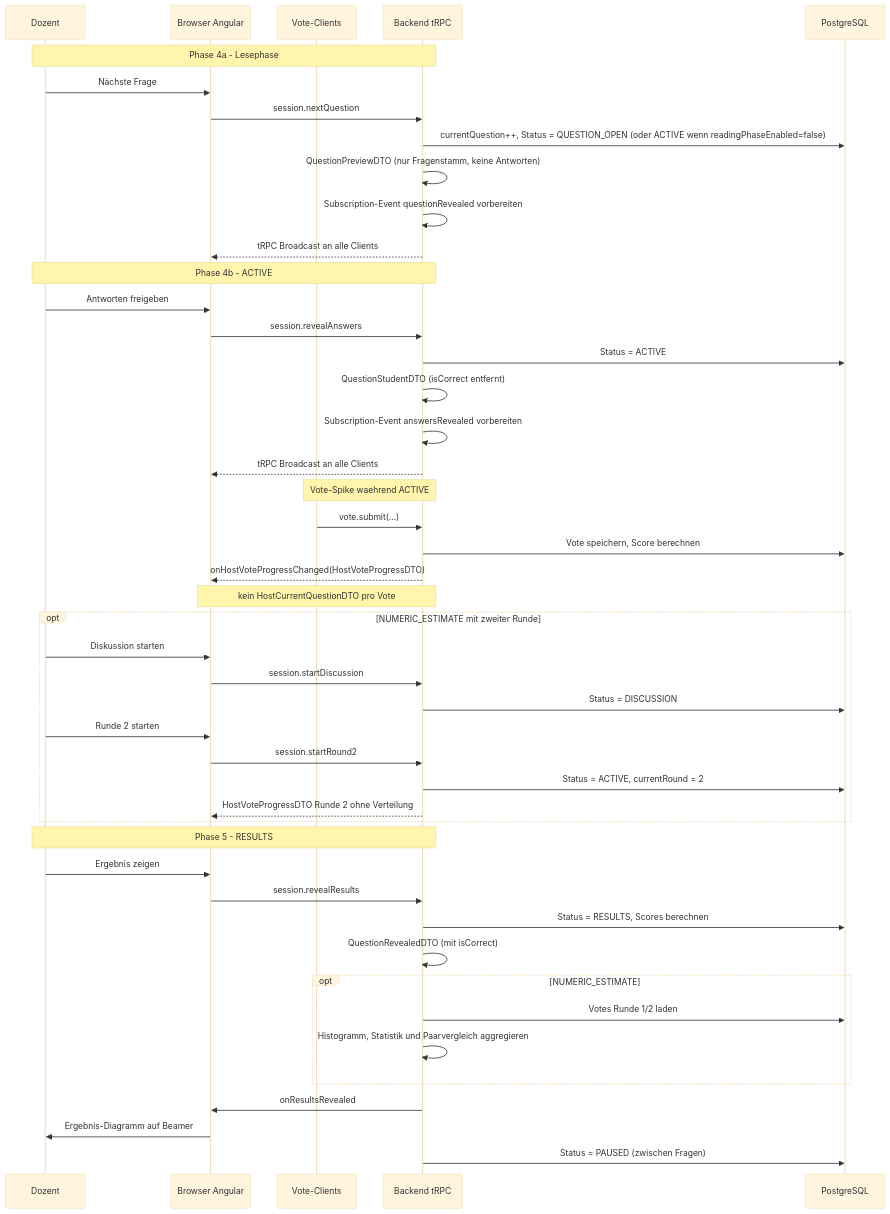
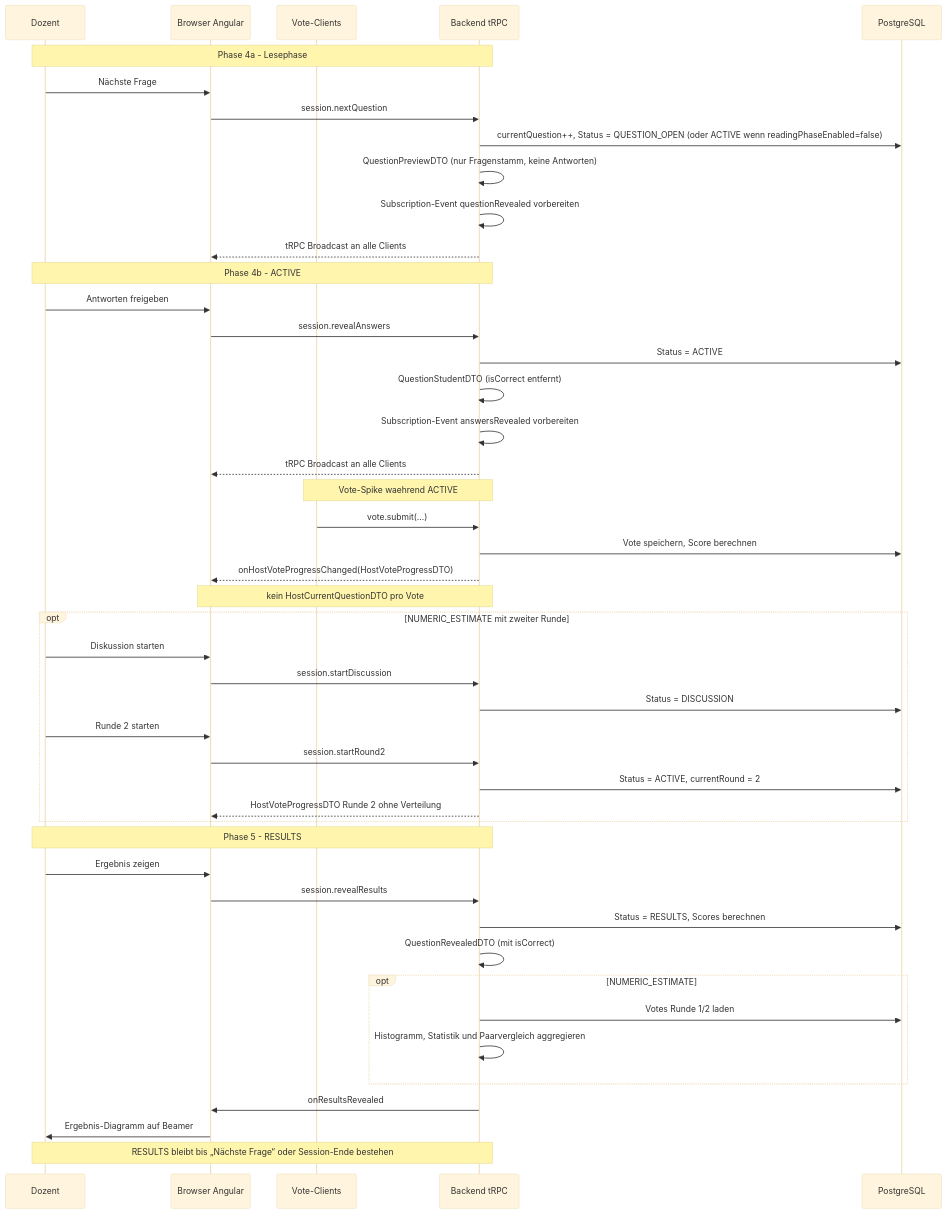
Before and after one commit to kqc-real/arsnova.eu: diagram 11 of 19 in docs/diagrams/diagrams.md, drawn with Mermaid (base theme). The commit also changed other lines of this file and 47 other files, not shown here.

````diff
--- a/docs/diagrams/diagrams.md
+++ b/docs/diagrams/diagrams.md
@@ -641,53 +641,53 @@
 ```mermaid
 sequenceDiagram
     participant D as Dozent
     participant FE as Browser Angular
     participant V as Vote-Clients
     participant BE as Backend tRPC
     participant PG as PostgreSQL
 
     Note over D,BE: Phase 4a - Lesephase
     D->>FE: Nächste Frage
     FE->>BE: session.nextQuestion
     BE->>PG: currentQuestion++, Status = QUESTION_OPEN (oder ACTIVE wenn readingPhaseEnabled=false)
     BE->>BE: QuestionPreviewDTO (nur Fragenstamm, keine Antworten)
     BE->>BE: Subscription-Event questionRevealed vorbereiten
     BE-->>FE: tRPC Broadcast an alle Clients
 
     Note over D,BE: Phase 4b - ACTIVE
     D->>FE: Antworten freigeben
     FE->>BE: session.revealAnswers
     BE->>PG: Status = ACTIVE
     BE->>BE: QuestionStudentDTO (isCorrect entfernt)
     BE->>BE: Subscription-Event answersRevealed vorbereiten
     BE-->>FE: tRPC Broadcast an alle Clients
 
     Note over V,BE: Vote-Spike waehrend ACTIVE
     V->>BE: vote.submit(...)
     BE->>PG: Vote speichern, Score berechnen
     BE-->>FE: onHostVoteProgressChanged(HostVoteProgressDTO)
     Note over BE,FE: kein HostCurrentQuestionDTO pro Vote
 
     opt NUMERIC_ESTIMATE mit zweiter Runde
         D->>FE: Diskussion starten
         FE->>BE: session.startDiscussion
         BE->>PG: Status = DISCUSSION
         D->>FE: Runde 2 starten
         FE->>BE: session.startRound2
         BE->>PG: Status = ACTIVE, currentRound = 2
         BE-->>FE: HostVoteProgressDTO Runde 2 ohne Verteilung
     end
 
     Note over D,BE: Phase 5 - RESULTS
     D->>FE: Ergebnis zeigen
     FE->>BE: session.revealResults
     BE->>PG: Status = RESULTS, Scores berechnen
     BE->>BE: QuestionRevealedDTO (mit isCorrect)
     opt NUMERIC_ESTIMATE
         BE->>PG: Votes Runde 1/2 laden
         BE->>BE: Histogramm, Statistik und Paarvergleich aggregieren
     end
     BE->>FE: onResultsRevealed
     FE->>D: Ergebnis-Diagramm auf Beamer
-    BE->>PG: Status = PAUSED (zwischen Fragen)
+    Note over D,BE: RESULTS bleibt bis „Nächste Frage“ oder Session-Ende bestehen
 ```
````
